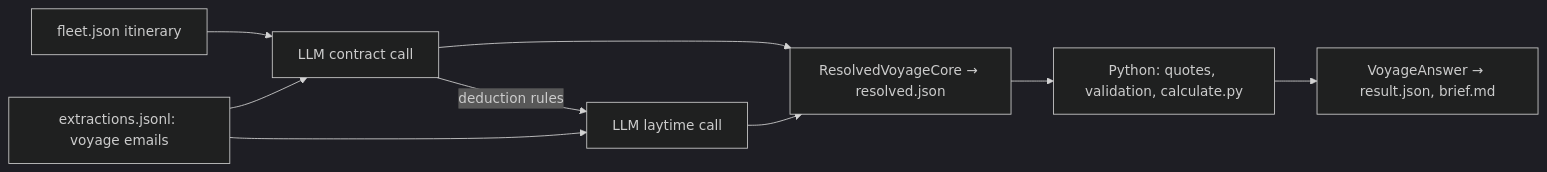
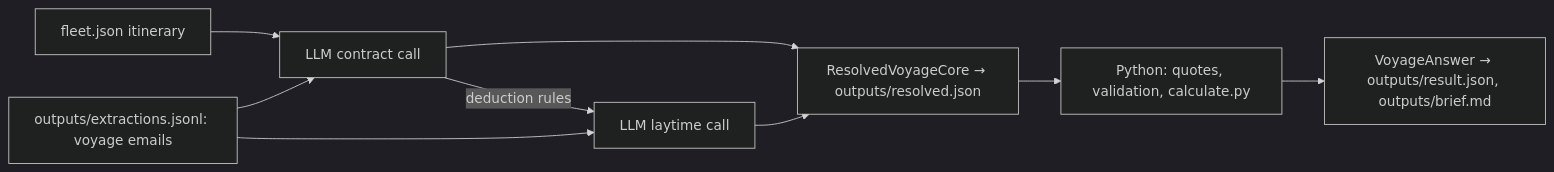
The third of 5 diagrams in ARCHITECTURE.md (silviiaromanato/demurrage), drawn with Mermaid (dark theme) before and after one commit. The commit also changed other lines of this file and 38 other files, not shown here.

````diff
--- a/ARCHITECTURE.md
+++ b/ARCHITECTURE.md
@@ -186,11 +186,11 @@
 ```mermaid
 flowchart LR
     Fleet["fleet.json itinerary"] --> C["LLM contract call"]
-    Extractions["extractions.jsonl: voyage emails"] --> C
+    Extractions["outputs/extractions.jsonl: voyage emails"] --> C
     C -- "deduction rules" --> L["LLM laytime call"]
     Extractions --> L
-    C --> Core["ResolvedVoyageCore → resolved.json"]
+    C --> Core["ResolvedVoyageCore → outputs/resolved.json"]
     L --> Core
     Core --> Py["Python: quotes, validation, calculate.py"]
-    Py --> Dump["VoyageAnswer → result.json, brief.md"]
+    Py --> Dump["VoyageAnswer → outputs/result.json, outputs/brief.md"]
 ```
````
